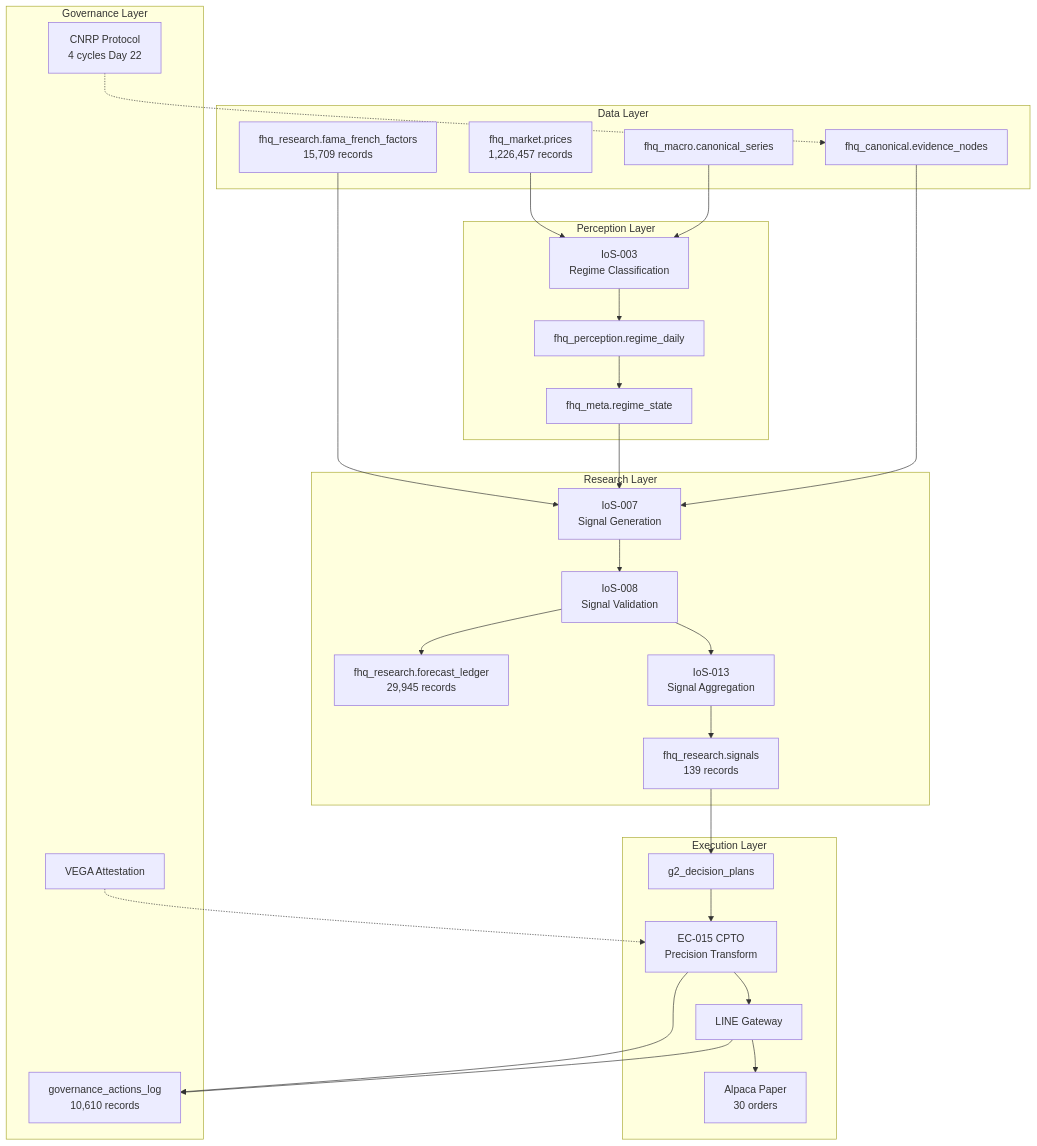
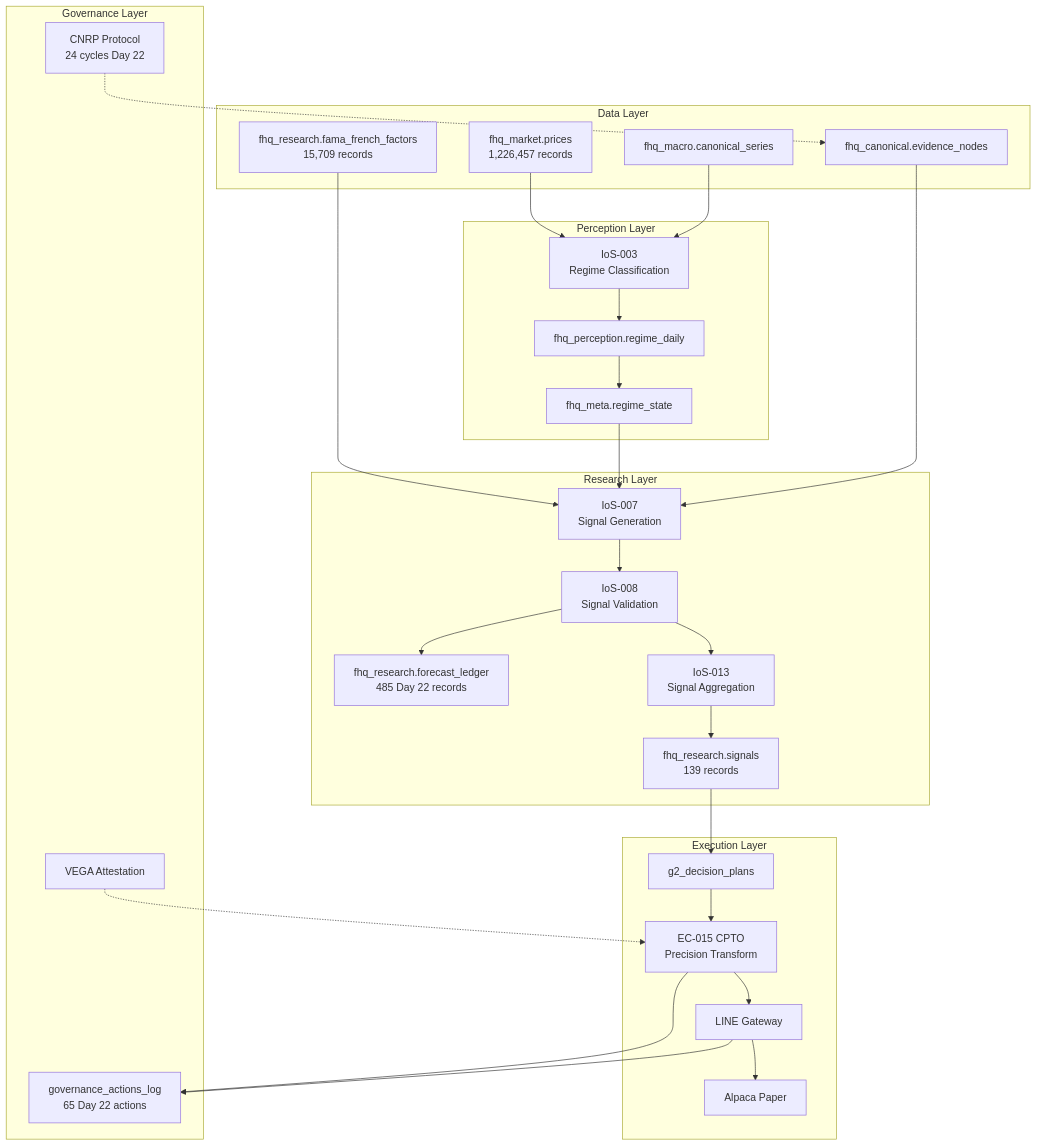
Before and after one commit to MetaStark/vision-IoS: the fourth of 4 diagrams in 12_DAILY_REPORTS/DAY22_RUNBOOK_20260122.md, drawn with Mermaid. The commit also changed other lines of this file and 1 other file, not shown here.

First line of the commit message:
fix(day22): Update daily reports with database-verified metrics

````diff
--- a/12_DAILY_REPORTS/DAY22_RUNBOOK_20260122.md
+++ b/12_DAILY_REPORTS/DAY22_RUNBOOK_20260122.md
@@ -297,59 +308,59 @@
 ```mermaid
 flowchart TB
     subgraph Data_Layer[Data Layer]
         A1[fhq_market.prices<br/>1,226,457 records]
         A2[fhq_macro.canonical_series]
         A3[fhq_canonical.evidence_nodes]
         A4[fhq_research.fama_french_factors<br/>15,709 records]
     end
 
     subgraph Perception_Layer[Perception Layer]
         B1[IoS-003<br/>Regime Classification]
         B2[fhq_perception.regime_daily]
         B3[fhq_meta.regime_state]
     end
 
     subgraph Research_Layer[Research Layer]
         C1[IoS-007<br/>Signal Generation]
         C2[IoS-008<br/>Signal Validation]
-        C3[fhq_research.forecast_ledger<br/>29,945 records]
+        C3[fhq_research.forecast_ledger<br/>485 Day 22 records]
         C4[IoS-013<br/>Signal Aggregation]
         C5[fhq_research.signals<br/>139 records]
     end
 
     subgraph Execution_Layer[Execution Layer]
         D1[g2_decision_plans]
         D2[EC-015 CPTO<br/>Precision Transform]
         D3[LINE Gateway]
-        D4[Alpaca Paper<br/>30 orders]
+        D4[Alpaca Paper]
     end
 
     subgraph Governance_Layer[Governance Layer]
         E1[VEGA Attestation]
-        E2[CNRP Protocol<br/>4 cycles Day 22]
-        E3[governance_actions_log<br/>10,610 records]
+        E2[CNRP Protocol<br/>24 cycles Day 22]
+        E3[governance_actions_log<br/>65 Day 22 actions]
     end
 
     A1 --> B1
     A2 --> B1
     A4 --> C1
     B1 --> B2
     B2 --> B3
 
     B3 --> C1
     A3 --> C1
     C1 --> C2
     C2 --> C3
     C2 --> C4
     C4 --> C5
 
     C5 --> D1
     D1 --> D2
     D2 --> D3
     D3 --> D4
 
     E1 -.-> D2
     E2 -.-> A3
     D2 --> E3
     D3 --> E3
 ```
````
